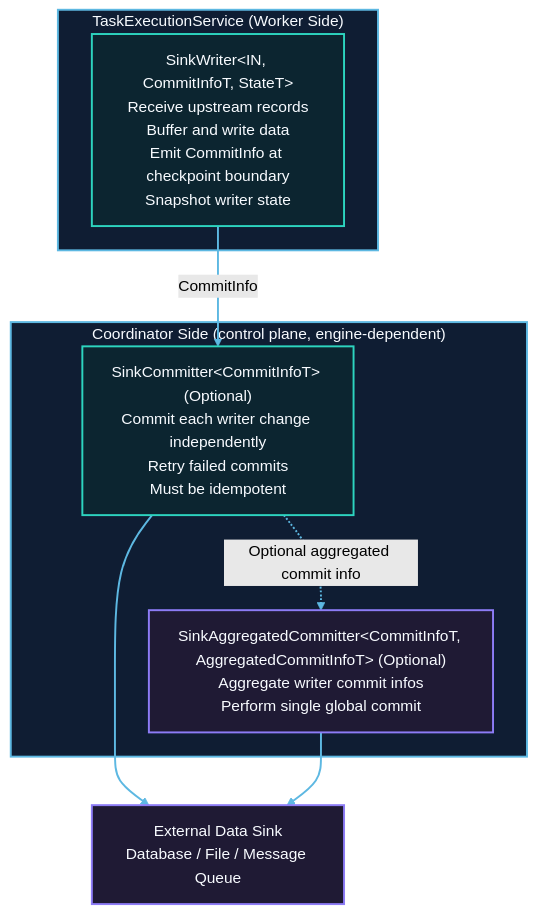
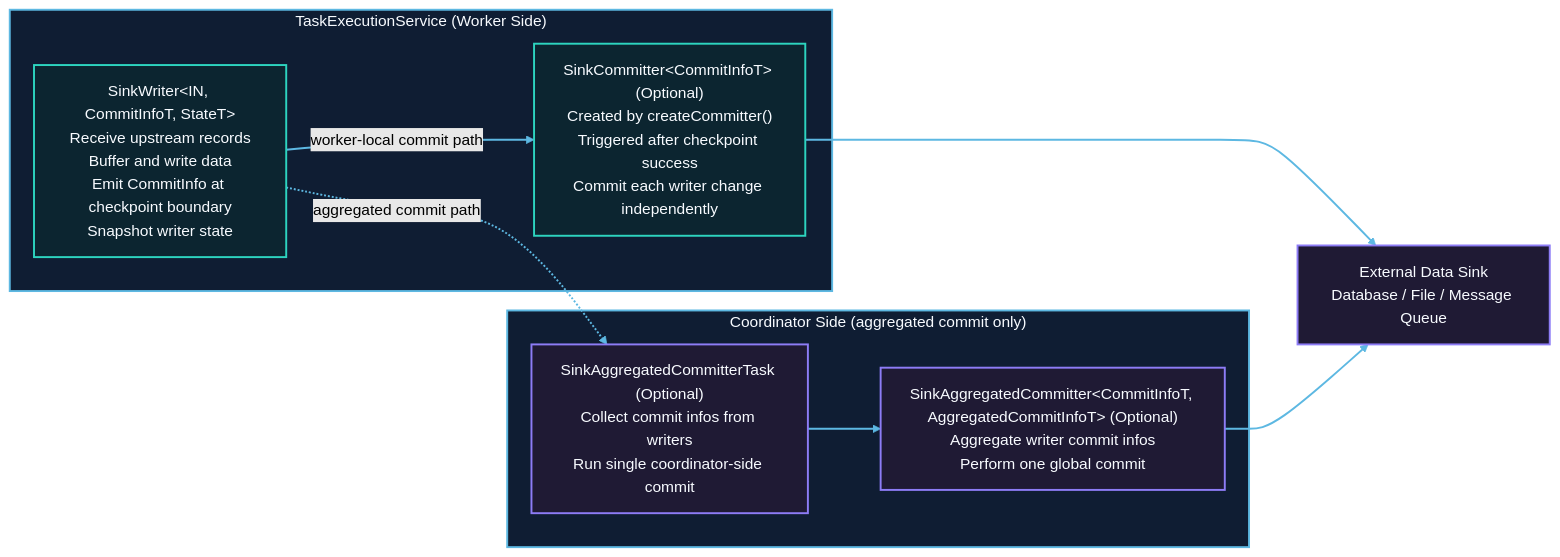
One commit to apache/seatunnel changed the first of 3 diagrams in docs/en/architecture/api-design/sink-architecture.md. Above: the diagram before and after it, drawn with Mermaid (forest theme). The commit also changed other lines of this file and 5 other files, not shown here.

Commit message:
[Docs] Fix architecture diagram semantics

````diff
--- a/docs/en/architecture/api-design/sink-architecture.md
+++ b/docs/en/architecture/api-design/sink-architecture.md
@@ -42,27 +42,29 @@
 ```mermaid
-flowchart TD
+flowchart LR
     subgraph worker["TaskExecutionService (Worker Side)"]
         writer["SinkWriter&lt;IN, CommitInfoT, StateT&gt;<br/>Receive upstream records<br/>Buffer and write data<br/>Emit CommitInfo at checkpoint boundary<br/>Snapshot writer state"]
+        committer["SinkCommitter&lt;CommitInfoT&gt; (Optional)<br/>Created by createCommitter()<br/>Triggered after checkpoint success<br/>Commit each writer change independently"]
     end
 
-    subgraph coordinator["Coordinator Side (control plane, engine-dependent)"]
-        committer["SinkCommitter&lt;CommitInfoT&gt; (Optional)<br/>Commit each writer change independently<br/>Retry failed commits<br/>Must be idempotent"]
-        aggregated["SinkAggregatedCommitter&lt;CommitInfoT, AggregatedCommitInfoT&gt; (Optional)<br/>Aggregate writer commit infos<br/>Perform single global commit"]
+    subgraph coordinator["Coordinator Side (aggregated commit only)"]
+        aggregatedTask["SinkAggregatedCommitterTask (Optional)<br/>Collect commit infos from writers<br/>Run single coordinator-side commit"]
+        aggregated["SinkAggregatedCommitter&lt;CommitInfoT, AggregatedCommitInfoT&gt; (Optional)<br/>Aggregate writer commit infos<br/>Perform one global commit"]
     end
 
     sink["External Data Sink<br/>Database / File / Message Queue"]
 
-    writer -- "CommitInfo" --> committer
+    writer -- "worker-local commit path" --> committer
     committer --> sink
-    committer -. "Optional aggregated commit info" .-> aggregated
+    writer -. "aggregated commit path" .-> aggregatedTask
+    aggregatedTask --> aggregated
     aggregated --> sink
 
     classDef layerBlue fill:#0f1d33,stroke:#5db8e2,stroke-width:2px,color:#f8fbff;
     classDef layerCyan fill:#0c2530,stroke:#2dd4bf,stroke-width:2px,color:#f8fbff;
     classDef layerPurple fill:#1f1a34,stroke:#8d7cf6,stroke-width:2px,color:#f8fbff;
 
     class worker,coordinator layerBlue;
     class writer,committer layerCyan;
-    class aggregated,sink layerPurple;
+    class aggregatedTask,aggregated,sink layerPurple;
     linkStyle default stroke:#5db8e2,stroke-width:2px;
 ```
````
